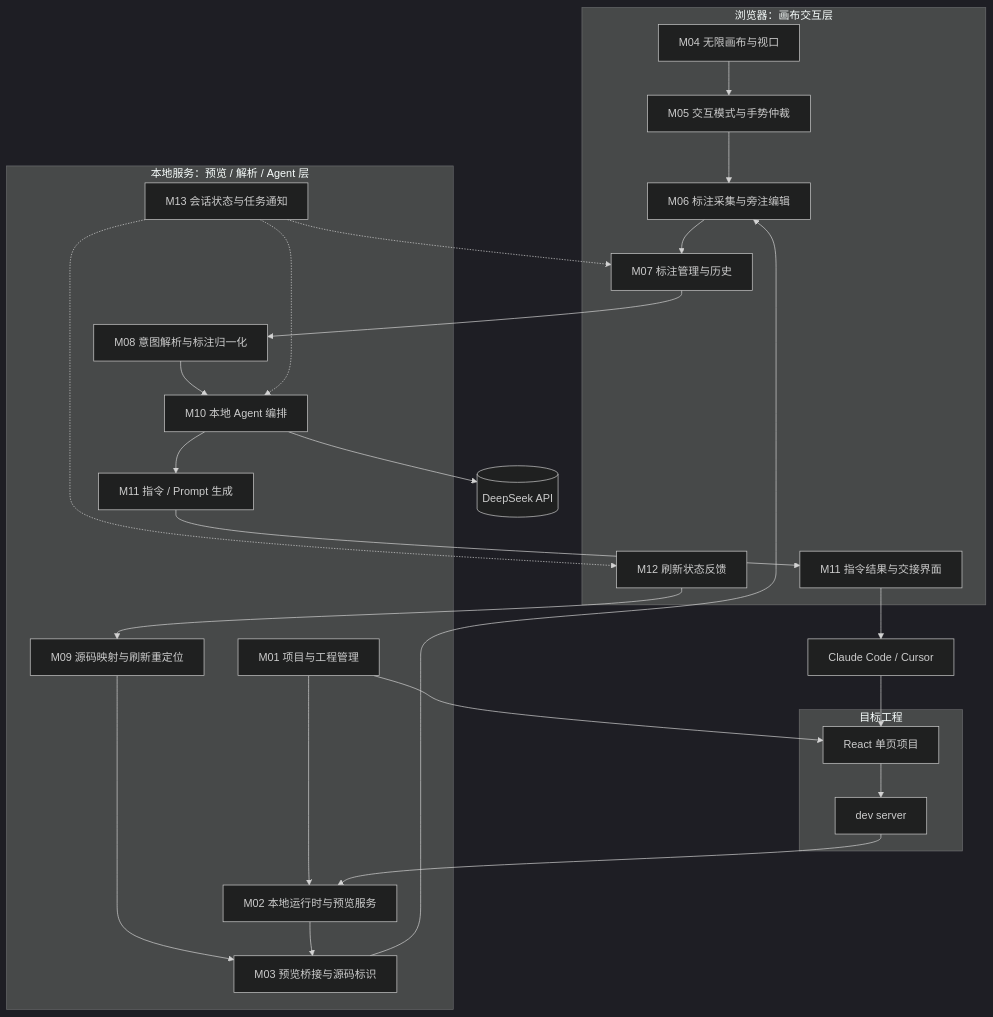
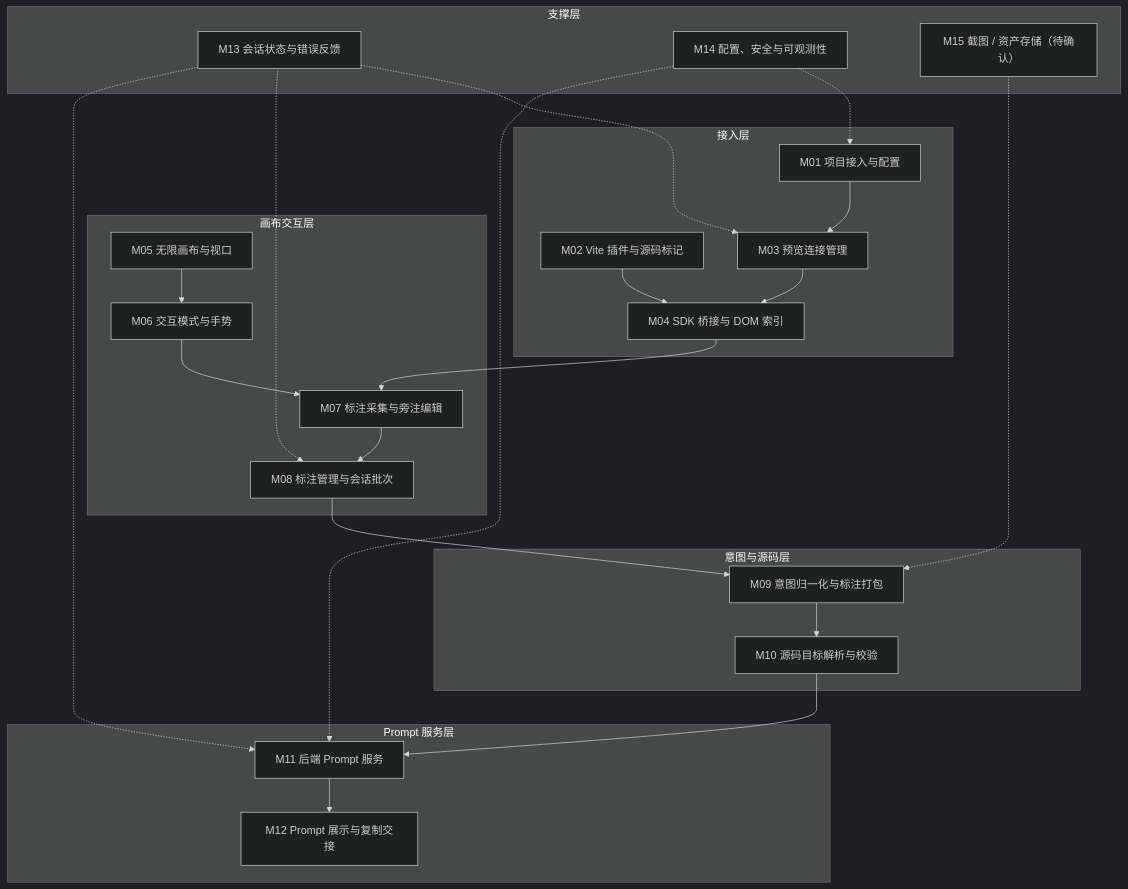
One commit to Cai199999/vibe-app changed the second of 5 diagrams in docs/design/01.功能模块梳理.md. Above: the diagram before and after it, drawn with Mermaid (dark theme). The commit also changed other lines of this file and 4 other files, not shown here.

````diff
--- a/docs/design/01.功能模块梳理.md
+++ b/docs/design/01.功能模块梳理.md
@@ -84,52 +177,50 @@
 ```mermaid
 flowchart TB
-    subgraph Browser["浏览器：画布交互层"]
-        M04["M04 无限画布与视口"]
-        M05["M05 交互模式与手势仲裁"]
-        M06["M06 标注采集与旁注编辑"]
-        M07["M07 标注管理与历史"]
-        M11UI["M11 指令结果与交接界面"]
-        M12UI["M12 刷新状态反馈"]
+    subgraph Access["接入层"]
+        M01["M01 项目接入与配置"]
+        M02["M02 Vite 插件与源码标记"]
+        M03["M03 预览连接管理"]
+        M04["M04 SDK 桥接与 DOM 索引"]
     end
 
-    subgraph Local["本地服务：预览 / 解析 / Agent 层"]
-        M01["M01 项目与工程管理"]
-        M02["M02 本地运行时与预览服务"]
-        M03["M03 预览桥接与源码标识"]
-        M08["M08 意图解析与标注归一化"]
-        M09["M09 源码映射与刷新重定位"]
-        M10["M10 本地 Agent 编排"]
-        M11["M11 指令 / Prompt 生成"]
-        M13["M13 会话状态与任务通知"]
+    subgraph Canvas["画布交互层"]
+        M05["M05 无限画布与视口"]
+        M06["M06 交互模式与手势"]
+        M07["M07 标注采集与旁注编辑"]
+        M08["M08 标注管理与会话批次"]
     end
 
-    subgraph Target["目标工程"]
-        P["React 单页项目"]
-        DEV["dev server"]
+    subgraph Intent["意图与源码层"]
+        M09["M09 意图归一化与标注打包"]
+        M10["M10 源码目标解析与校验"]
     end
 
-    DS[("DeepSeek API")]
-    EXT["Claude Code / Cursor"]
+    subgraph AI["Prompt 服务层"]
+        M11["M11 后端 Prompt 服务"]
+        M12["M12 Prompt 展示与复制交接"]
+    end
 
-    M04 --> M05
+    subgraph Support["支撑层"]
+        M13["M13 会话状态与错误反馈"]
+        M14["M14 配置、安全与可观测性"]
+        M15["M15 截图 / 资产存储（待确认）"]
+    end
+
+    M01 --> M03
+    M02 --> M04
+    M03 --> M04
+    M04 --> M07
     M05 --> M06
     M06 --> M07
     M07 --> M08
-    M03 --> M06
-    M09 --> M03
-    M08 --> M10
-    M01 --> M02
-    M02 --> M03
-    M01 --> P
-    P --> DEV
-    DEV --> M02
-    M10 --> DS
+    M08 --> M09
+    M09 --> M10
     M10 --> M11
-    M11 --> M11UI
-    M11UI --> EXT
-    EXT --> P
-    M12UI --> M09
-    M13 -.-> M07
-    M13 -.-> M10
-    M13 -.-> M12UI
+    M11 --> M12
+    M13 -.-> M03
+    M13 -.-> M08
+    M13 -.-> M11
+    M14 -.-> M01
+    M14 -.-> M11
+    M15 -.-> M09
 ```
````
